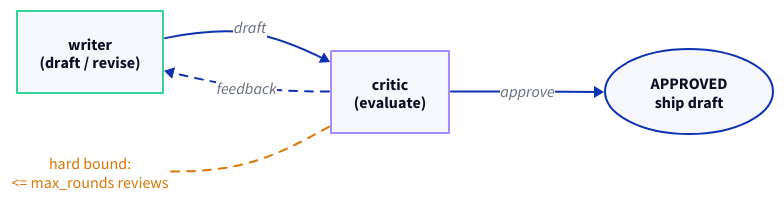
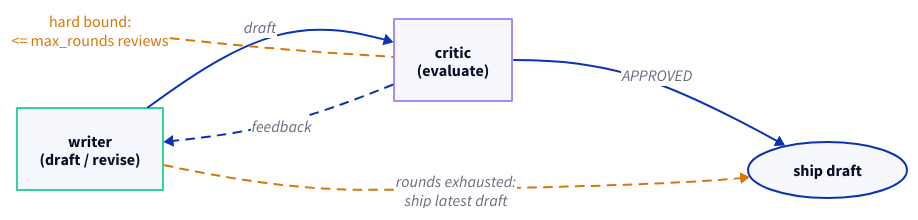
The first of 2 diagrams in courses/multi-agent-systems-python.md (michael-duren/rubber-duck), drawn with D2 before and after one commit. The commit also changed other lines of this file and 29 other files, not shown here.

````diff
--- a/courses/multi-agent-systems-python.md
+++ b/courses/multi-agent-systems-python.md
@@ -375,20 +377,24 @@
 ```d2
 direction: right
 writer: "writer\n(draft / revise)" {
   style.stroke: "#34d399"
   style.stroke-width: 2
 }
 critic: "critic\n(evaluate)" {
   style.stroke: "#a78bfa"
   style.stroke-width: 2
 }
-done: "APPROVED\nship draft" { shape: oval }
+done: "ship draft" { shape: oval }
 budget: "hard bound:\n<= max_rounds reviews" {
   shape: text
   style.font-color: "#d97706"
 }
 writer -> critic: "draft"
 critic -> writer: "feedback" { style.stroke-dash: 4 }
-critic -> done: "approve"
+critic -> done: "APPROVED"
+writer -> done: "rounds exhausted:\nship latest draft" {
+  style.stroke: "#d97706"
+  style.stroke-dash: 4
+}
 budget -- critic: { style.stroke: "#d97706"; style.stroke-dash: 4 }
 ```
````
